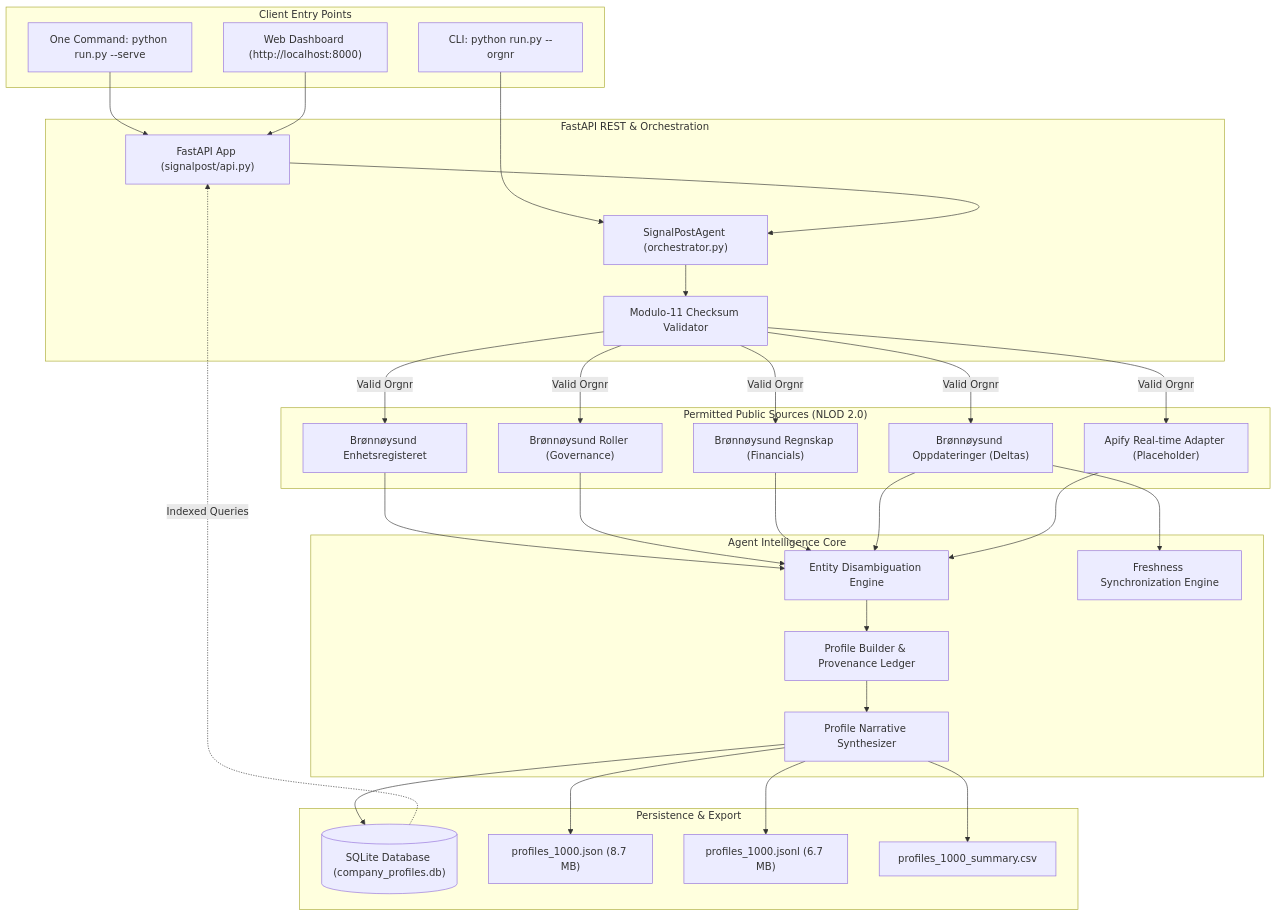
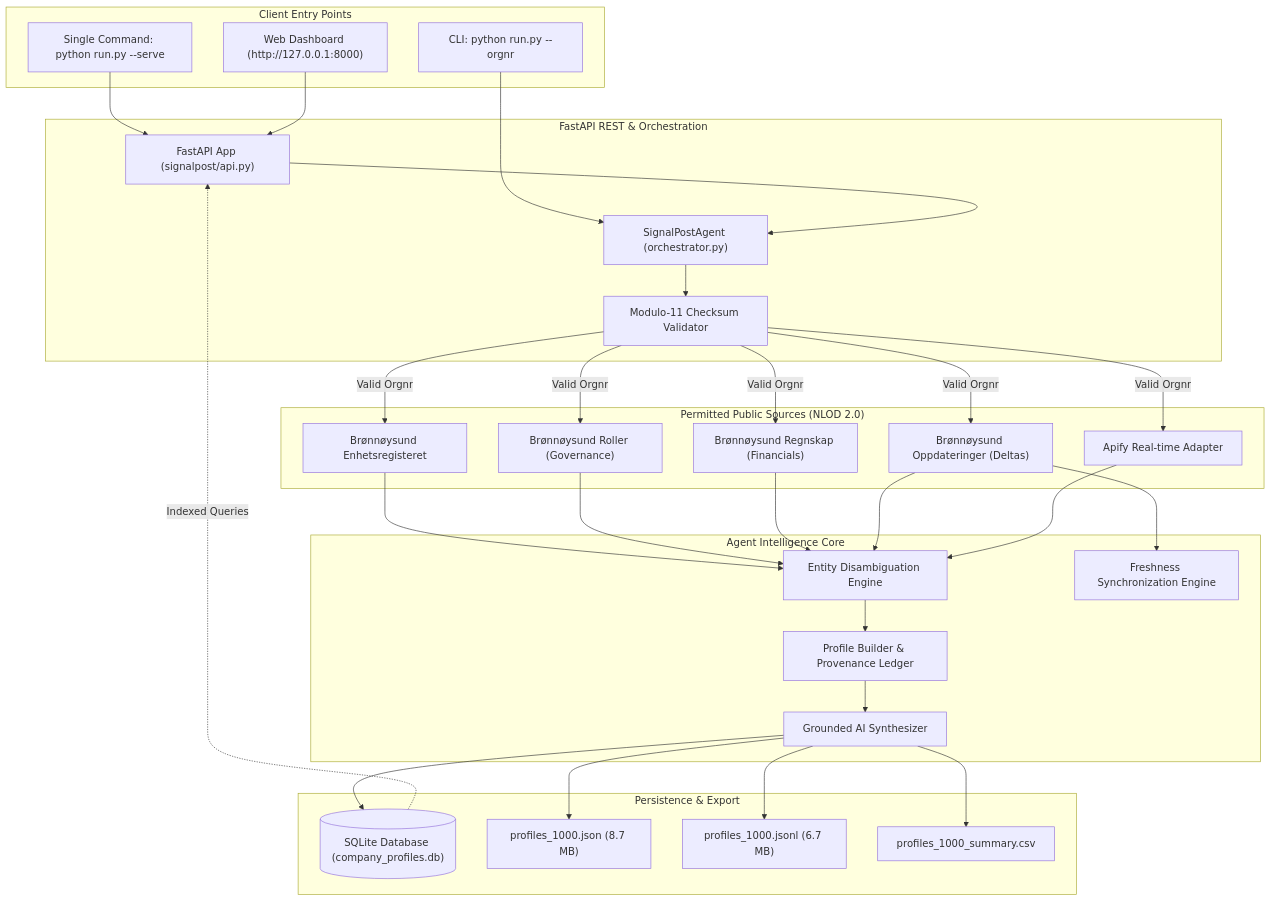
One commit to Prashant44-cell/InfoJob changed the diagram in README.md. Above: the diagram before and after it, drawn with Mermaid. The commit also changed other lines of this file, not shown here.

Commit message:
docs(readme): wrap up and update documentation to GeeksforGeeks standard with wireframe architecture

````diff
--- a/README.md
+++ b/README.md
@@ -240,51 +300,51 @@
 ```mermaid
 flowchart TD
     subgraph Client["Client Entry Points"]
-        CMD["One Command: python run.py --serve"]
+        CMD["Single Command: python run.py --serve"]
         CLI["CLI: python run.py --orgnr"]
-        UI["Web Dashboard (http://localhost:8000)"]
+        UI["Web Dashboard (http://127.0.0.1:8000)"]
     end
 
     subgraph Backend["FastAPI REST & Orchestration"]
         API["FastAPI App (signalpost/api.py)"]
         ORCH["SignalPostAgent (orchestrator.py)"]
         VAL["Modulo-11 Checksum Validator"]
     end
 
     subgraph Registries["Permitted Public Sources (NLOD 2.0)"]
         ENHET["Brønnøysund Enhetsregisteret"]
         ROLLER["Brønnøysund Roller (Governance)"]
         REGN["Brønnøysund Regnskap (Financials)"]
         UPD["Brønnøysund Oppdateringer (Deltas)"]
-        APIFY["Apify Real-time Adapter (Placeholder)"]
+        APIFY["Apify Real-time Adapter"]
     end
 
     subgraph Intelligence["Agent Intelligence Core"]
         RES["Entity Disambiguation Engine"]
         BLD["Profile Builder & Provenance Ledger"]
         SYN["Freshness Synchronization Engine"]
-        AI["Profile Narrative Synthesizer"]
+        AI["Grounded AI Synthesizer"]
     end
 
     subgraph Storage["Persistence & Export"]
         DB[("SQLite Database (company_profiles.db)")]
         JSON["profiles_1000.json (8.7 MB)"]
         JSONL["profiles_1000.jsonl (6.7 MB)"]
         CSV["profiles_1000_summary.csv"]
     end
 
     CMD --> API
     UI --> API
     CLI --> ORCH
     API --> ORCH
 
     ORCH --> VAL
     VAL -->|Valid Orgnr| ENHET & ROLLER & REGN & UPD & APIFY
 
     ENHET & ROLLER & REGN & UPD & APIFY --> RES
     RES --> BLD
     UPD --> SYN
     BLD --> AI
     AI --> DB & JSON & JSONL & CSV
     DB -.->|Indexed Queries| API
 ```
````
